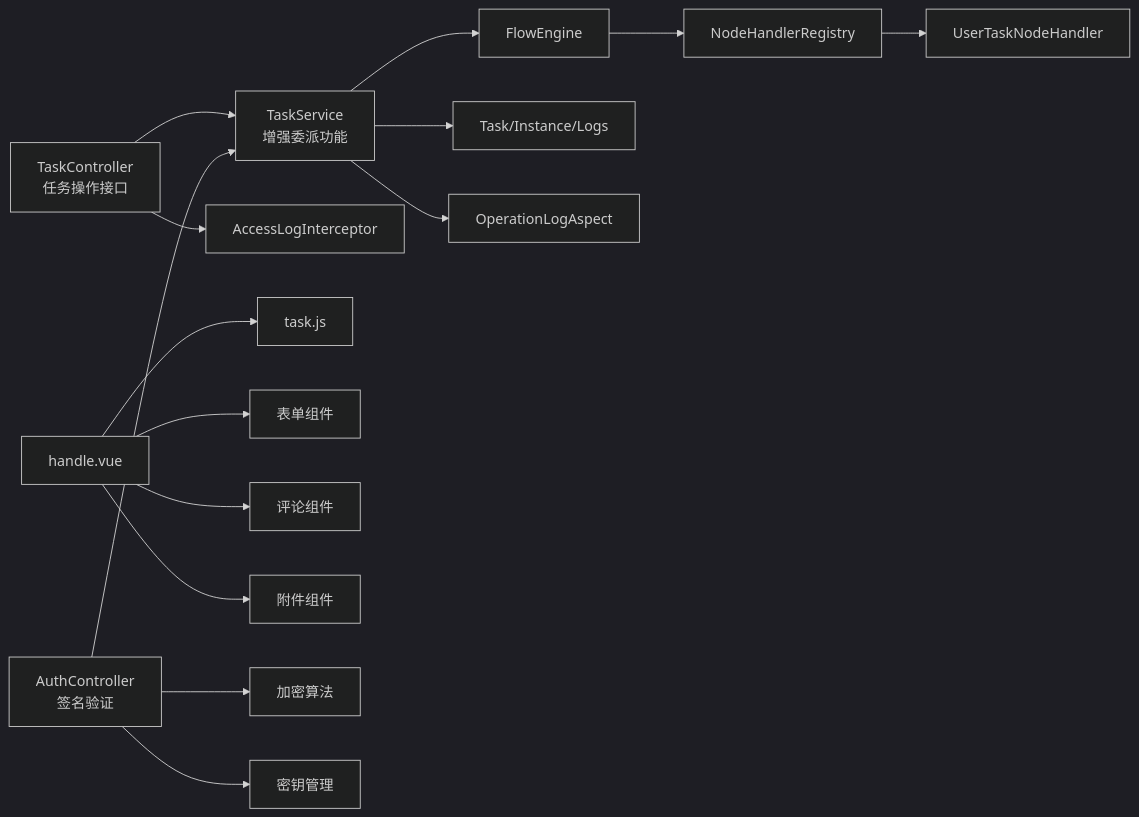
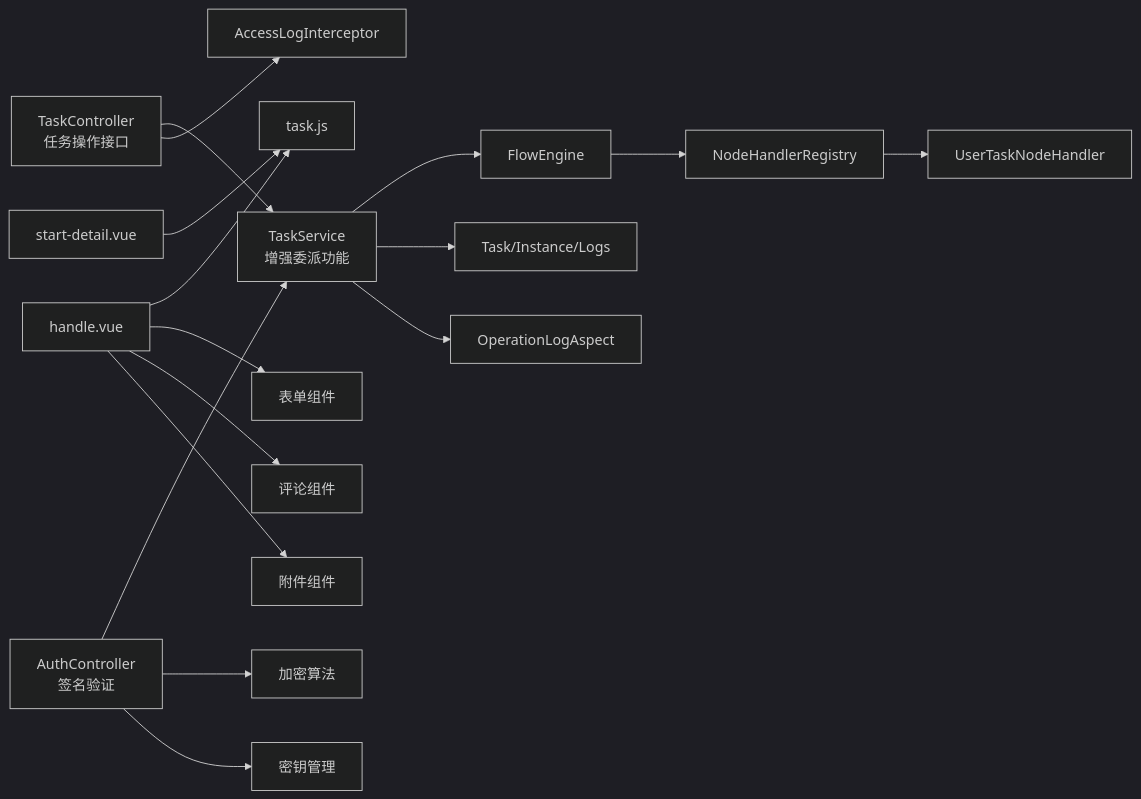
One commit to liming-lihaini/workflow changed diagram 11 of 11 in .qoder/repowiki/zh/content/任务管理/任务操作处理/任务操作处理.md. Above: the diagram before and after it, drawn with Mermaid (dark theme). The commit also changed other lines of this file and 30 other files, not shown here.

````diff
--- a/.qoder/repowiki/zh/content/任务管理/任务操作处理/任务操作处理.md
+++ b/.qoder/repowiki/zh/content/任务管理/任务操作处理/任务操作处理.md
@@ -605,17 +606,18 @@
 ```mermaid
 graph LR
 Ctrl["TaskController<br/>任务操作接口"] --> Svc["TaskService<br/>增强委派功能"]
 Auth["AuthController<br/>签名验证"] --> Svc
 Svc --> Eng["FlowEngine"]
 Eng --> Reg["NodeHandlerRegistry"]
 Reg --> Handler["UserTaskNodeHandler"]
 Svc --> DB["Task/Instance/Logs"]
 Ctrl --> Inter["AccessLogInterceptor"]
 Svc --> Aspect["OperationLogAspect"]
 Handle["handle.vue"] --> Api["task.js"]
 Handle --> Form["表单组件"]
 Handle --> Comment["评论组件"]
 Handle --> File["附件组件"]
+StartDetail["start-detail.vue"] --> Api
 Auth --> Crypto["加密算法"]
 Auth --> KeyMgr["密钥管理"]
 ```
````
